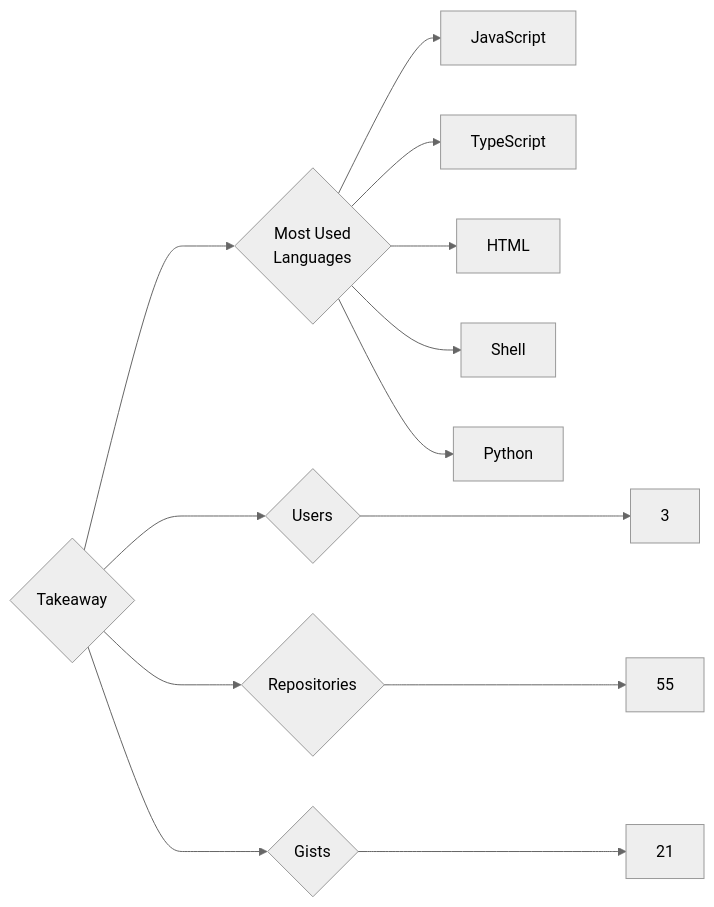
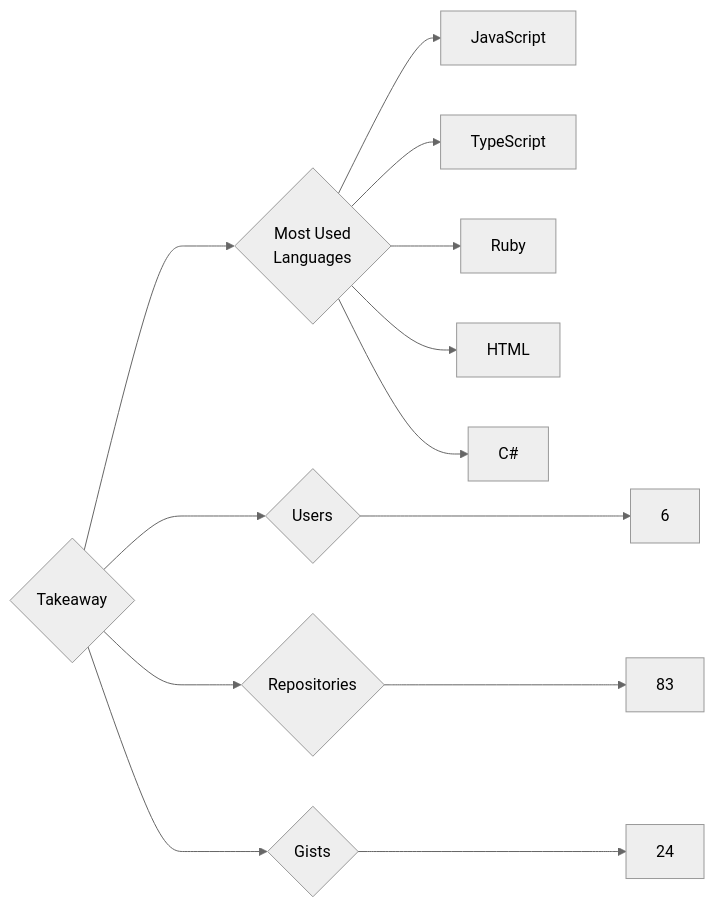
The diagram in targets/Takeaway/README.md (trickest/insiders), drawn with Mermaid (neutral theme) before and after one commit. The commit also changed 871 other files, not shown here.

````diff
--- a/targets/Takeaway/README.md
+++ b/targets/Takeaway/README.md
@@ -3,13 +3,13 @@
 ```mermaid
 graph LR
 COMPANY_NAME{Takeaway}
-COMPANY_NAME ---> U{Users} ---> UN[3]
-COMPANY_NAME ---> R{Repositories} ---> RN[55]
-COMPANY_NAME ---> G{Gists} ---> GN[21]
+COMPANY_NAME ---> U{Users} ---> UN[6]
+COMPANY_NAME ---> R{Repositories} ---> RN[83]
+COMPANY_NAME ---> G{Gists} ---> GN[24]
 COMPANY_NAME ---> ML{Most Used<br>Languages}
 ML --> JavaScript[JavaScript]
 ML --> TypeScript[TypeScript]
+ML --> Ruby[Ruby]
 ML --> HTML[HTML]
-ML --> Shell[Shell]
-ML --> Python[Python]
+ML --> C#[C#]
 ```
````
